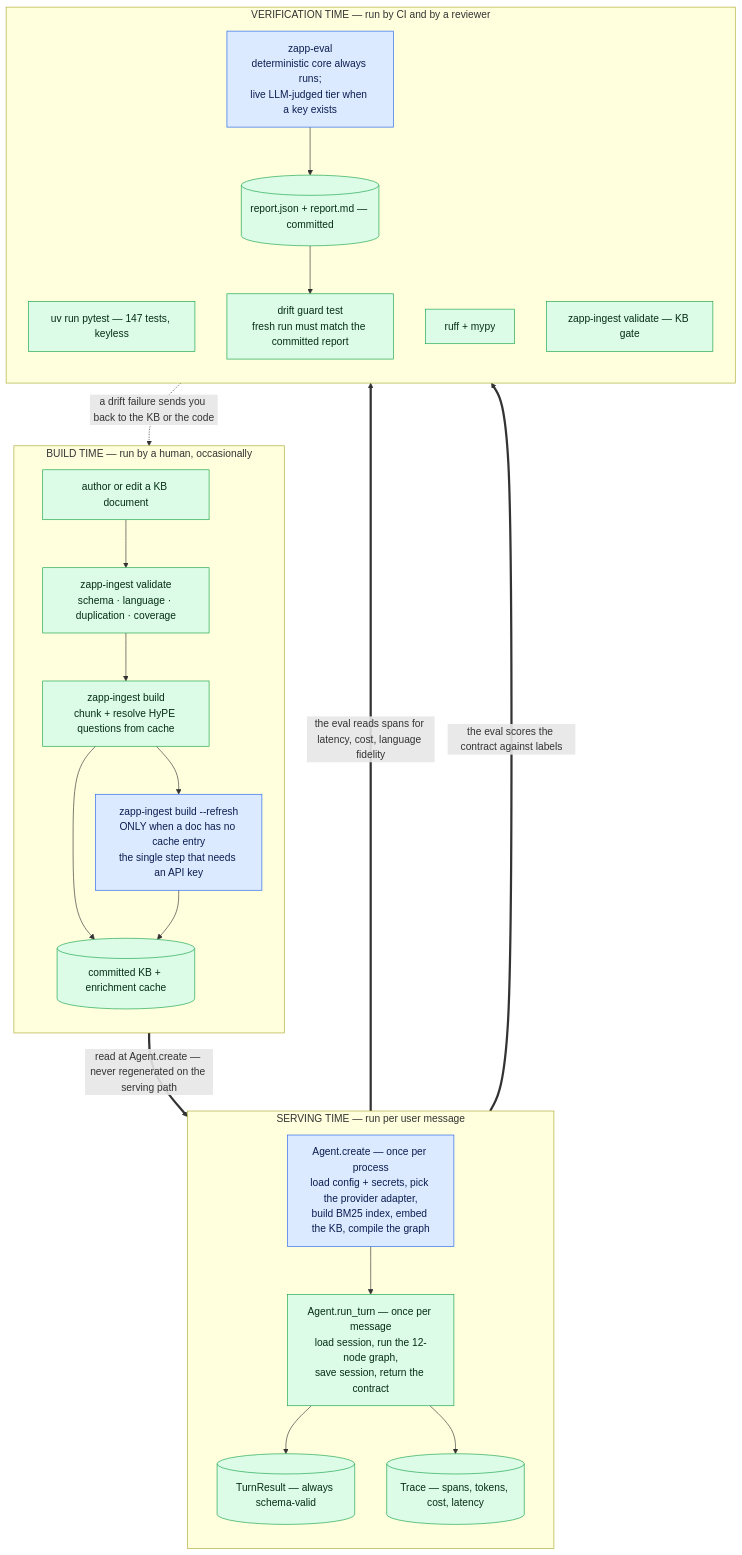
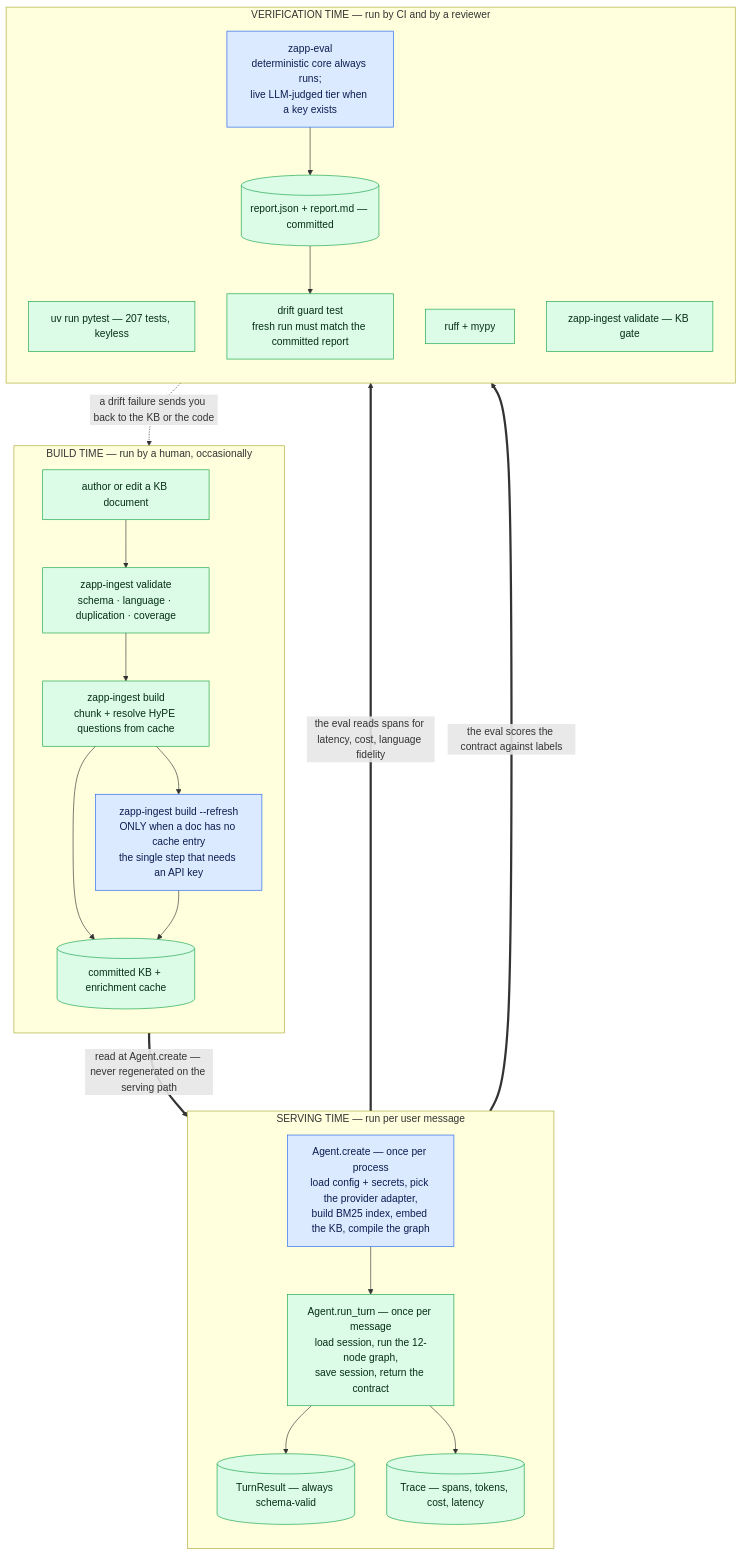
One commit to Deyber2000/zapp-ai-agent changed the first of 6 diagrams in docs/system-flow.md. Above: the diagram before and after it, drawn with Mermaid. The commit also changed other lines of this file and 7 other files, not shown here.

````diff
--- a/docs/system-flow.md
+++ b/docs/system-flow.md
@@ -29,40 +29,40 @@
 ```mermaid
 flowchart TB
     subgraph BUILD["BUILD TIME — run by a human, occasionally"]
         direction TB
         B1["author or edit a KB document"]
         B1 --> B2["zapp-ingest validate<br/>schema · language · duplication · coverage"]
         B2 --> B3["zapp-ingest build<br/>chunk + resolve HyPE questions from cache"]
         B3 --> B4["zapp-ingest build --refresh<br/>ONLY when a doc has no cache entry<br/>the single step that needs an API key"]
         B3 --> BA[("committed KB + enrichment cache")]
         B4 --> BA
     end
 
     subgraph SERVE["SERVING TIME — run per user message"]
         direction TB
         S0["Agent.create — once per process<br/>load config + secrets, pick the provider adapter,<br/>build BM25 index, embed the KB, compile the graph"]
         S0 --> S1["Agent.run_turn — once per message<br/>load session, run the 12-node graph,<br/>save session, return the contract"]
         S1 --> SA[("TurnResult — always schema-valid")]
         S1 --> SB[("Trace — spans, tokens, cost, latency")]
     end
 
     subgraph VERIFY["VERIFICATION TIME — run by CI and by a reviewer"]
         direction TB
-        V1["uv run pytest — 147 tests, keyless"]
+        V1["uv run pytest — 207 tests, keyless"]
         V2["ruff + mypy"]
         V3["zapp-ingest validate — KB gate"]
         V4["zapp-eval<br/>deterministic core always runs;<br/>live LLM-judged tier when a key exists"]
         V4 --> VA[("report.json + report.md — committed")]
         VA --> V5["drift guard test<br/>fresh run must match the committed report"]
     end
 
     BA ==>|"read at Agent.create — never regenerated on the serving path"| S0
     SB ==>|"the eval reads spans for latency, cost, language fidelity"| V4
     SA ==>|"the eval scores the contract against labels"| V4
     V5 -.->|"a drift failure sends you back to the KB or the code"| BUILD
 
     classDef det fill:#dcfce7,stroke:#16a34a,color:#052e16;
     classDef llm fill:#dbeafe,stroke:#2563eb,color:#0c1d51;
     class B1,B2,B3,BA,S1,SA,SB,V1,V2,V3,VA,V5 det;
     class B4,S0,V4 llm;
 ```
````
